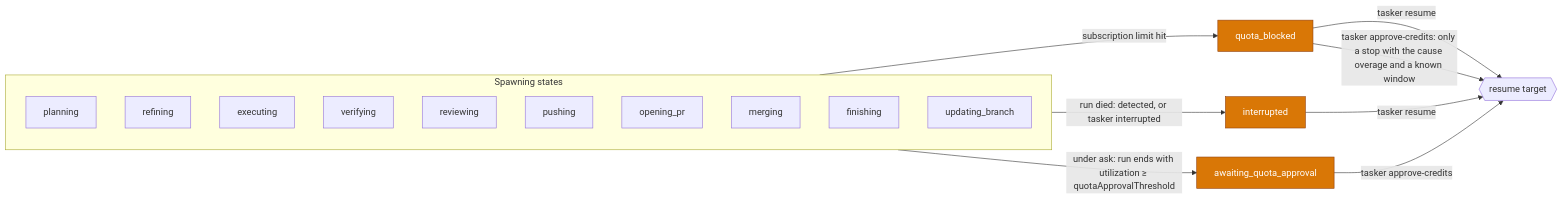
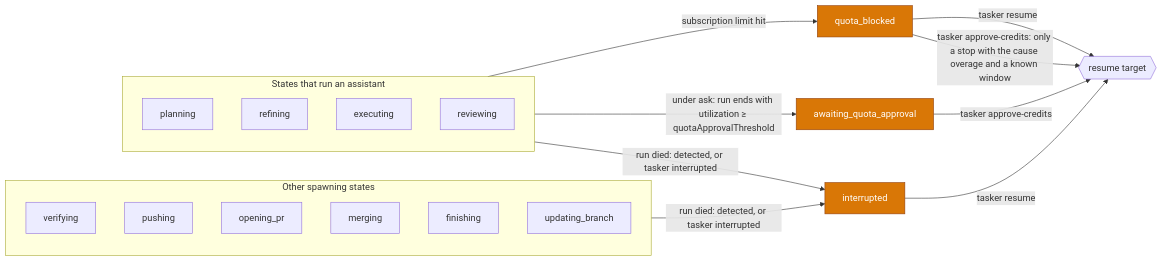
Before and after one commit to codeguru42/tasker: the seventh of 9 diagrams in docs/statemachine.md, drawn with Mermaid. The commit also changed other lines of this file and 1 other file, not shown here.

Commit message:
docs: Draw the quota pauses only from the states that run an assistant

````diff
--- a/docs/statemachine.md
+++ b/docs/statemachine.md
@@ -180,27 +180,31 @@
 ```mermaid
 flowchart LR
-  subgraph Spawning["Spawning states"]
+  subgraph Assistant["States that run an assistant"]
     PL[planning]
     RF[refining]
     E[executing]
+    RV[reviewing]
+  end
+
+  subgraph NoAssistant["Other spawning states"]
     V[verifying]
-    RV[reviewing]
     PG[pushing]
     OP[opening_pr]
     MG[merging]
     FN[finishing]
     UB[updating_branch]
   end
 
-  Spawning -->|subscription limit hit| Q[quota_blocked]
-  Spawning -->|under ask: run ends with utilization ≥ quotaApprovalThreshold| QA[awaiting_quota_approval]
-  Spawning -->|run died: detected, or tasker interrupted| X[interrupted]
+  Assistant -->|subscription limit hit| Q[quota_blocked]
+  Assistant -->|under ask: run ends with utilization ≥ quotaApprovalThreshold| QA[awaiting_quota_approval]
+  Assistant -->|run died: detected, or tasker interrupted| X[interrupted]
+  NoAssistant -->|run died: detected, or tasker interrupted| X
 
   Q -->|tasker resume| T{{resume target}}
   Q -->|tasker approve-credits: only a stop with the cause overage and a known window| T
   X -->|tasker resume| T
   QA -->|tasker approve-credits| T
 
   classDef pause fill:#d97706,color:#fff,stroke:#92400e;
   class Q,QA,X pause;
 ```
````
